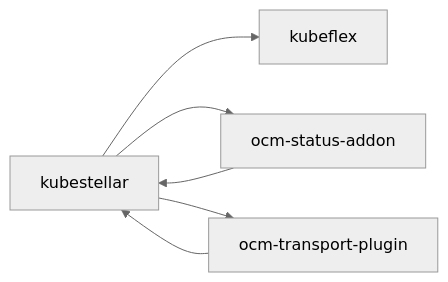
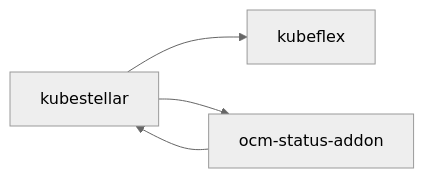
Before and after one commit to kubestellar/kubestellar: the first of 5 diagrams in docs/content/direct/packaging.md, drawn with Mermaid (neutral theme). The commit also changed other lines of this file and 1 other file, not shown here.

Commit message:
Document retirement of ks/ocm-transport-plugin

````diff
--- a/docs/content/direct/packaging.md
+++ b/docs/content/direct/packaging.md
@@ -7,8 +7,6 @@
 ```mermaid
 flowchart LR
     kubestellar --> kubeflex
     kubestellar --> ocm-status-addon
     ocm-status-addon --> kubestellar
-    ocm-transport-plugin --> kubestellar
-    kubestellar --> ocm-transport-plugin
 ```
````
